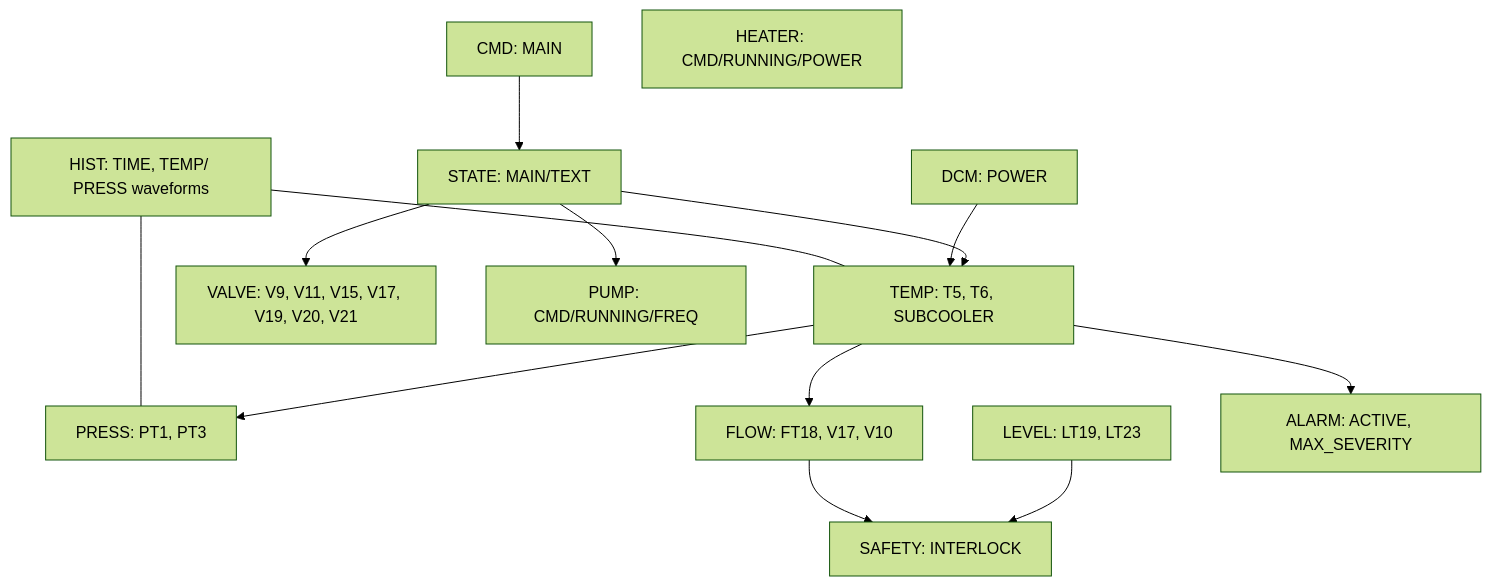
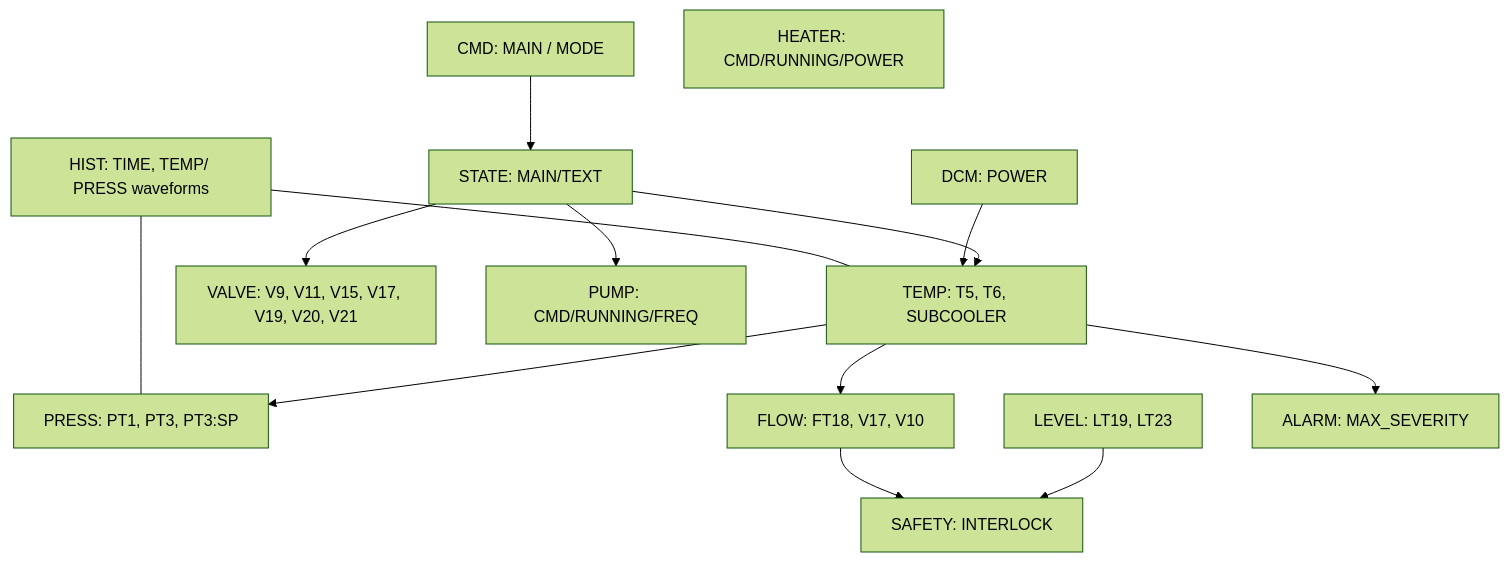
One commit to verysys-pal/DCM_CCV2 changed the diagram in docs/mermaid/pv_map.mmd. Above: the diagram before and after it, drawn with Mermaid (forest theme). The commit also changed 30 other files, not shown here.

```diff
--- a/docs/mermaid/pv_map.mmd
+++ b/docs/mermaid/pv_map.mmd
@@ -1,28 +1,29 @@
 %% Key PV groups overview
+%% NOTE: ALARM is summarized by MAX_SEVERITY; ACTIVE flag not used by bridge
 flowchart TB
   STATE[STATE: MAIN/TEXT]
-  CMD[CMD: MAIN]
+  CMD[CMD: MAIN / MODE]
   TEMP[TEMP: T5, T6, SUBCOOLER]
-  PRESS[PRESS: PT1, PT3]
+  PRESS[PRESS: PT1, PT3, PT3:SP]
   LEVEL[LEVEL: LT19, LT23]
   FLOW[FLOW: FT18, V17, V10]
   VALVES[VALVE: V9, V11, V15, V17, V19, V20, V21]
   PUMP[PUMP: CMD/RUNNING/FREQ]
   HEATER[HEATER: CMD/RUNNING/POWER]
-  ALARM[ALARM: ACTIVE, MAX_SEVERITY]
+  ALARM[ALARM: MAX_SEVERITY]
   SAFETY[SAFETY: INTERLOCK]
   HIST[HIST: TIME, TEMP/ PRESS waveforms]
   DCM[DCM: POWER]
 
   CMD --> STATE
   STATE --> TEMP
   STATE --> PUMP
   STATE --> VALVES
   TEMP --> PRESS
   TEMP --> FLOW
   LEVEL --> SAFETY
   FLOW --> SAFETY
   TEMP --> ALARM
   DCM --> TEMP
   HIST --- TEMP
   HIST --- PRESS
```
